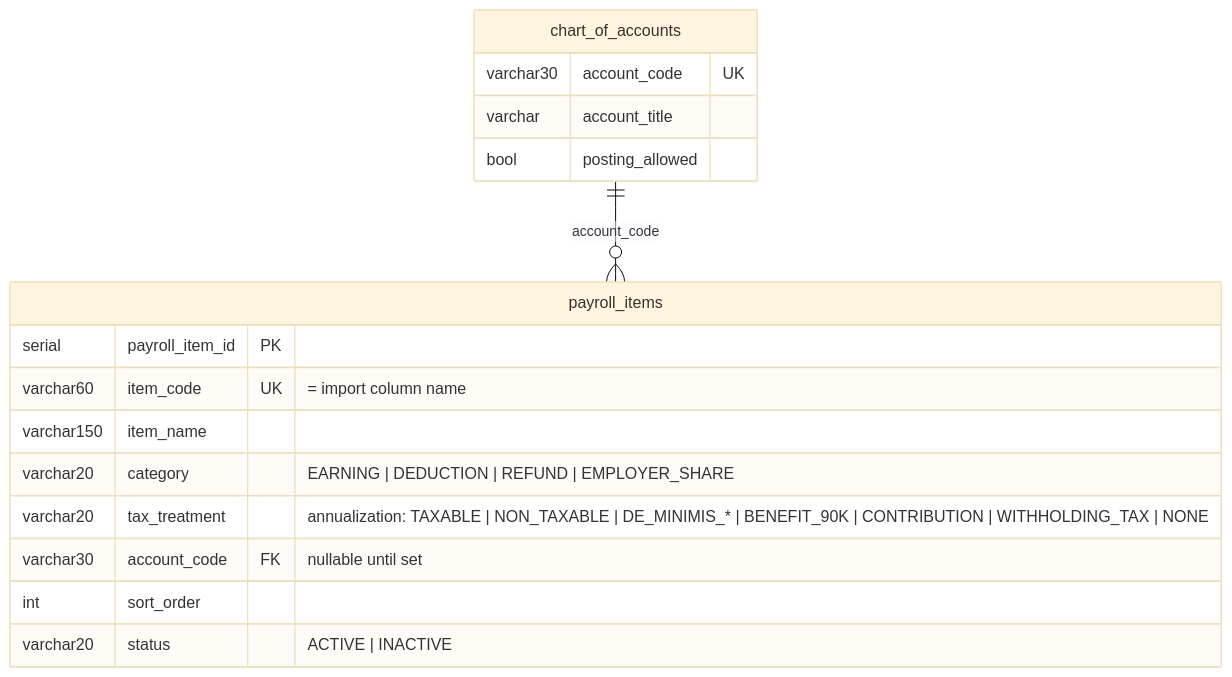
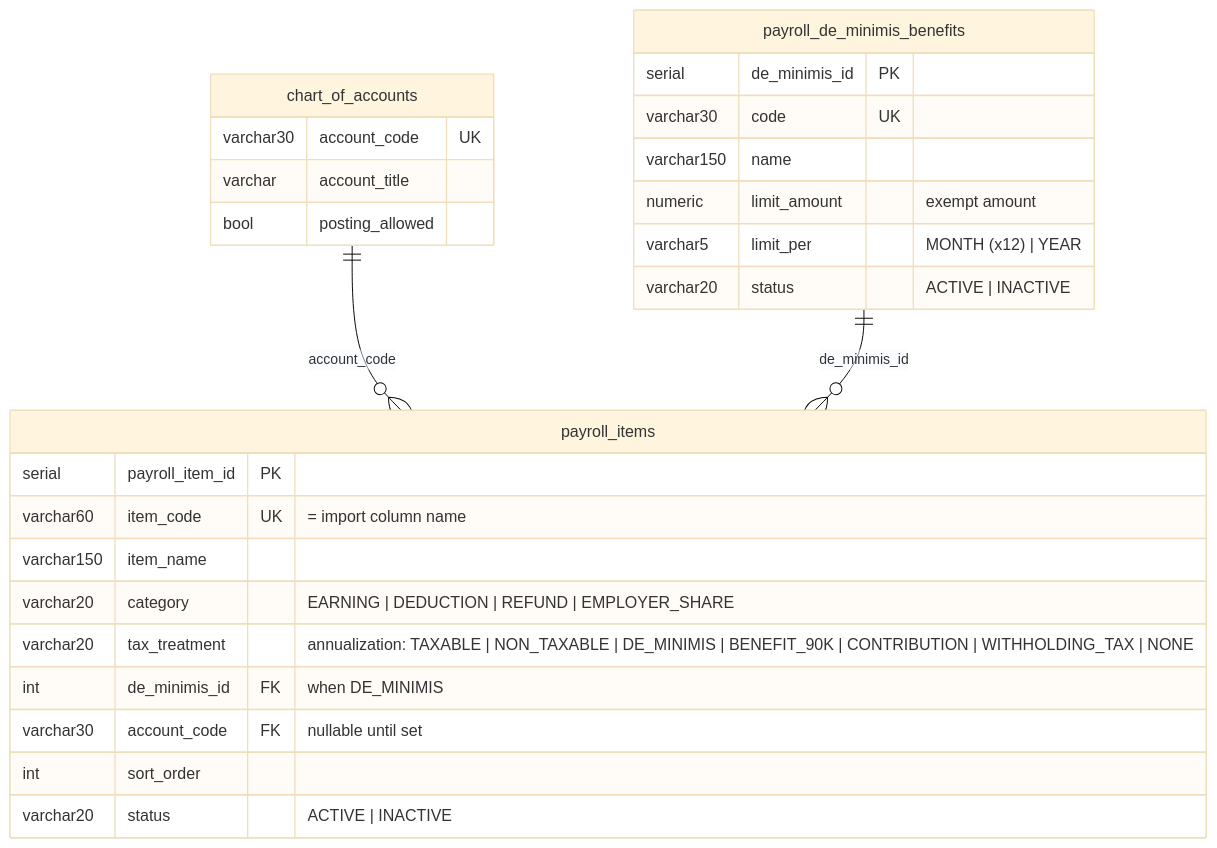
Diagram 24 of 39 in system_docs/ERD/README.md (A-team-ITBS/fims-nha), drawn with Mermaid (base theme) before and after one commit. The commit also changed other lines of this file and 16 other files, not shown here.

First line of the commit message:
Payroll: de minimis limits, annualization worksheet, GCG Quarterly Report

````diff
--- a/system_docs/ERD/README.md
+++ b/system_docs/ERD/README.md
@@ -1590,19 +1590,29 @@
 ```mermaid
 erDiagram
     chart_of_accounts ||--o{ payroll_items : "account_code"
+    payroll_de_minimis_benefits ||--o{ payroll_items : "de_minimis_id"
     payroll_items {
         serial payroll_item_id PK
         varchar60 item_code UK "= import column name"
         varchar150 item_name
         varchar20 category "EARNING | DEDUCTION | REFUND | EMPLOYER_SHARE"
-        varchar20 tax_treatment "annualization: TAXABLE | NON_TAXABLE | DE_MINIMIS_* | BENEFIT_90K | CONTRIBUTION | WITHHOLDING_TAX | NONE"
+        varchar20 tax_treatment "annualization: TAXABLE | NON_TAXABLE | DE_MINIMIS | BENEFIT_90K | CONTRIBUTION | WITHHOLDING_TAX | NONE"
+        int de_minimis_id FK "when DE_MINIMIS"
         varchar30 account_code FK "nullable until set"
         int sort_order
         varchar20 status "ACTIVE | INACTIVE"
     }
     chart_of_accounts {
         varchar30 account_code UK
         varchar account_title
         bool posting_allowed
     }
+    payroll_de_minimis_benefits {
+        serial de_minimis_id PK
+        varchar30 code UK
+        varchar150 name
+        numeric limit_amount "exempt amount"
+        varchar5 limit_per "MONTH (x12) | YEAR"
+        varchar20 status "ACTIVE | INACTIVE"
+    }
 ```
````
